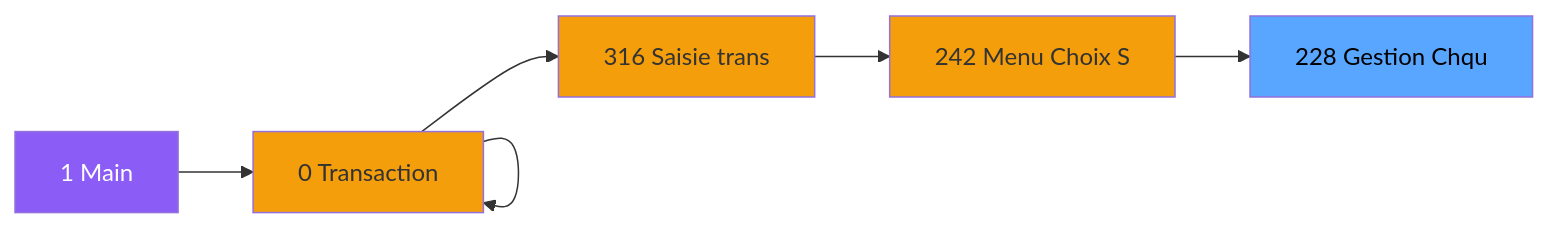
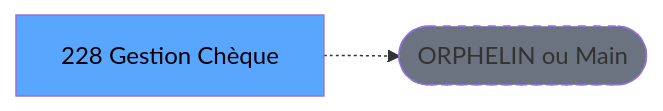
Before and after one commit to thonyAGP/lecteur-magic: the second of 3 diagrams in .openspec/renders/ADH-IDE-228.md, drawn with Mermaid. The commit also changed other lines of this file and 701 other files, not shown here.

````diff
--- a/.openspec/renders/ADH-IDE-228.md
+++ b/.openspec/renders/ADH-IDE-228.md
@@ -105,23 +117,8 @@
 ```mermaid
 graph LR
-    M[1 Main]
-    N0[0 Transaction ]
-    N0[0 Transaction ]
-    N0[0 Transaction ]
-    N316[316 Saisie trans]
-    N242[242 Menu Choix S]
-    T[228 Gestion Chqu]
-    M --> N0
-    N0 --> N0
-    N0 --> N0
-    N0 --> N316
-    N316 --> N242
-    N242 --> T
-    style M fill:#8b5cf6,color:#fff
-    style N0 fill:#f59e0b
-    style N0 fill:#f59e0b
-    style N0 fill:#f59e0b
-    style N316 fill:#f59e0b
-    style N242 fill:#f59e0b
+    T[228 Gestion Chèque]
+    ORPHAN([ORPHELIN ou Main])
+    T -.-> ORPHAN
     style T fill:#58a6ff,color:#000
+    style ORPHAN fill:#6b7280,stroke-dasharray: 5 5
 ```
````
